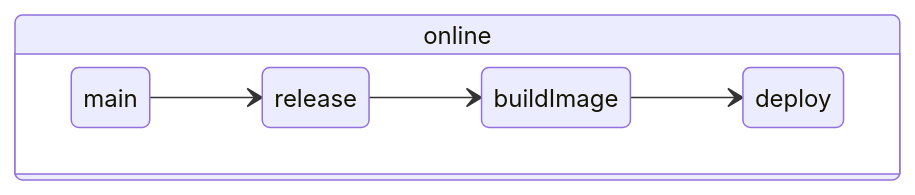
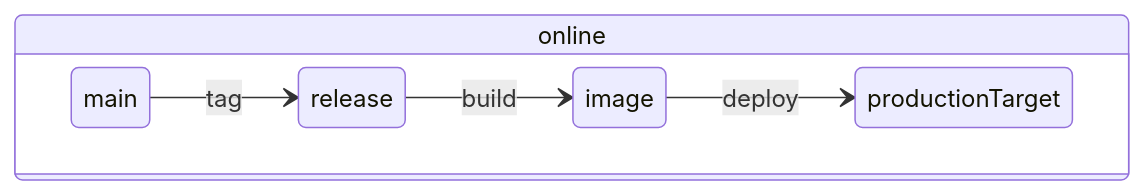
Before and after one commit to hsd-inflab/se3: the third of 3 diagrams in README.md, drawn with Mermaid. The commit also changed other lines of this file and 2 other files, not shown here.

Commit message:
Update readme and workflows (#2)
* Update readme and workflows

* add if to steps

* split CI jobs

* improve workflows

````diff
--- a/README.md
+++ b/README.md
@@ -85,12 +88,12 @@
 ```mermaid
 
 
 stateDiagram
   direction LR
   state online {
     direction LR
-    main --> release
-    release --> buildImage
-    buildImage --> deploy
+    main --> release : tag
+    release --> image : build
+    image --> productionTarget : deploy
   }
 ```
````
